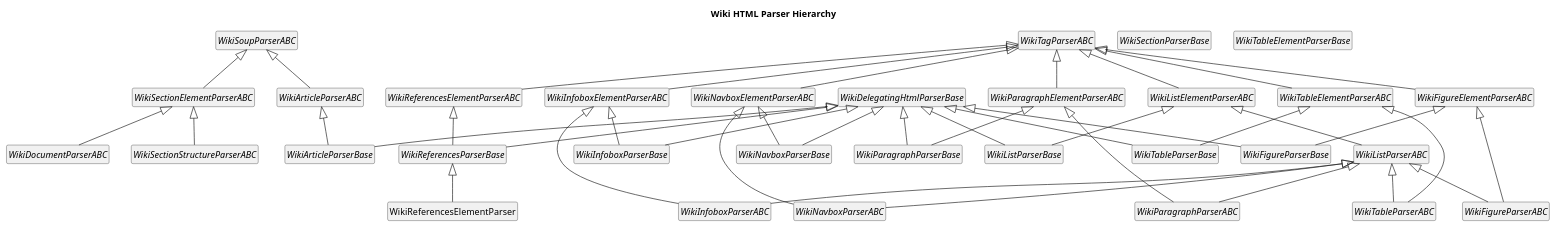
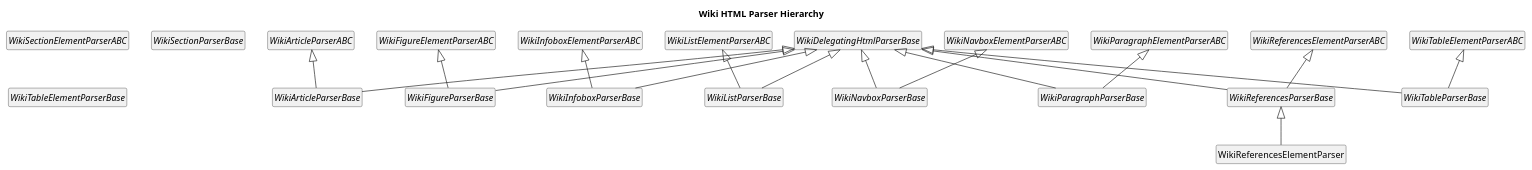
One commit to bgembalczyk/F1 changed the diagram in docs/uml/inheritance/parsers/02_wiki_html_parsers.puml. Above: the diagram before and after it, drawn with PlantUML. The commit also changed 26 other files, not shown here.

First line of the commit message:
refactor: remove redundant parser ABC aliases and re-export wrapper files

```diff
--- a/docs/uml/inheritance/parsers/02_wiki_html_parsers.puml
+++ b/docs/uml/inheritance/parsers/02_wiki_html_parsers.puml
@@ -1,79 +1,47 @@
 @startuml
 title Wiki HTML Parser Hierarchy
 skinparam classAttributeIconSize 0
 hide empty members
 hide circle
 
 abstract class WikiArticleParserABC
 abstract class WikiArticleParserBase
 abstract class WikiDelegatingHtmlParserBase
-abstract class WikiDocumentParserABC
 abstract class WikiFigureElementParserABC
-abstract class WikiFigureParserABC
 abstract class WikiFigureParserBase
 abstract class WikiInfoboxElementParserABC
-abstract class WikiInfoboxParserABC
 abstract class WikiInfoboxParserBase
 abstract class WikiListElementParserABC
-abstract class WikiListParserABC
 abstract class WikiListParserBase
 abstract class WikiNavboxElementParserABC
-abstract class WikiNavboxParserABC
 abstract class WikiNavboxParserBase
 abstract class WikiParagraphElementParserABC
-abstract class WikiParagraphParserABC
 abstract class WikiParagraphParserBase
 class WikiReferencesElementParser
 abstract class WikiReferencesElementParserABC
 abstract class WikiReferencesParserBase
 abstract class WikiSectionElementParserABC
 abstract class WikiSectionParserBase
-abstract class WikiSectionStructureParserABC
-abstract class WikiSoupParserABC
 abstract class WikiTableElementParserABC
 abstract class WikiTableElementParserBase
-abstract class WikiTableParserABC
 abstract class WikiTableParserBase
-abstract class WikiTagParserABC
 
-WikiSoupParserABC <|-- WikiArticleParserABC
 WikiArticleParserABC <|-- WikiArticleParserBase
 WikiDelegatingHtmlParserBase <|-- WikiArticleParserBase
-WikiSectionElementParserABC <|-- WikiDocumentParserABC
-WikiTagParserABC <|-- WikiFigureElementParserABC
-WikiFigureElementParserABC <|-- WikiFigureParserABC
-WikiListParserABC <|-- WikiFigureParserABC
 WikiDelegatingHtmlParserBase <|-- WikiFigureParserBase
 WikiFigureElementParserABC <|-- WikiFigureParserBase
-WikiTagParserABC <|-- WikiInfoboxElementParserABC
-WikiInfoboxElementParserABC <|-- WikiInfoboxParserABC
-WikiListParserABC <|-- WikiInfoboxParserABC
 WikiDelegatingHtmlParserBase <|-- WikiInfoboxParserBase
 WikiInfoboxElementParserABC <|-- WikiInfoboxParserBase
-WikiTagParserABC <|-- WikiListElementParserABC
-WikiListElementParserABC <|-- WikiListParserABC
 WikiDelegatingHtmlParserBase <|-- WikiListParserBase
 WikiListElementParserABC <|-- WikiListParserBase
-WikiTagParserABC <|-- WikiNavboxElementParserABC
-WikiListParserABC <|-- WikiNavboxParserABC
-WikiNavboxElementParserABC <|-- WikiNavboxParserABC
 WikiDelegatingHtmlParserBase <|-- WikiNavboxParserBase
 WikiNavboxElementParserABC <|-- WikiNavboxParserBase
-WikiTagParserABC <|-- WikiParagraphElementParserABC
-WikiListParserABC <|-- WikiParagraphParserABC
-WikiParagraphElementParserABC <|-- WikiParagraphParserABC
 WikiDelegatingHtmlParserBase <|-- WikiParagraphParserBase
 WikiParagraphElementParserABC <|-- WikiParagraphParserBase
 WikiReferencesParserBase <|-- WikiReferencesElementParser
-WikiTagParserABC <|-- WikiReferencesElementParserABC
 WikiDelegatingHtmlParserBase <|-- WikiReferencesParserBase
 WikiReferencesElementParserABC <|-- WikiReferencesParserBase
-WikiSoupParserABC <|-- WikiSectionElementParserABC
-WikiSectionElementParserABC <|-- WikiSectionStructureParserABC
-WikiTagParserABC <|-- WikiTableElementParserABC
-WikiListParserABC <|-- WikiTableParserABC
-WikiTableElementParserABC <|-- WikiTableParserABC
 WikiDelegatingHtmlParserBase <|-- WikiTableParserBase
 WikiTableElementParserABC <|-- WikiTableParserBase
 
 @enduml
```
